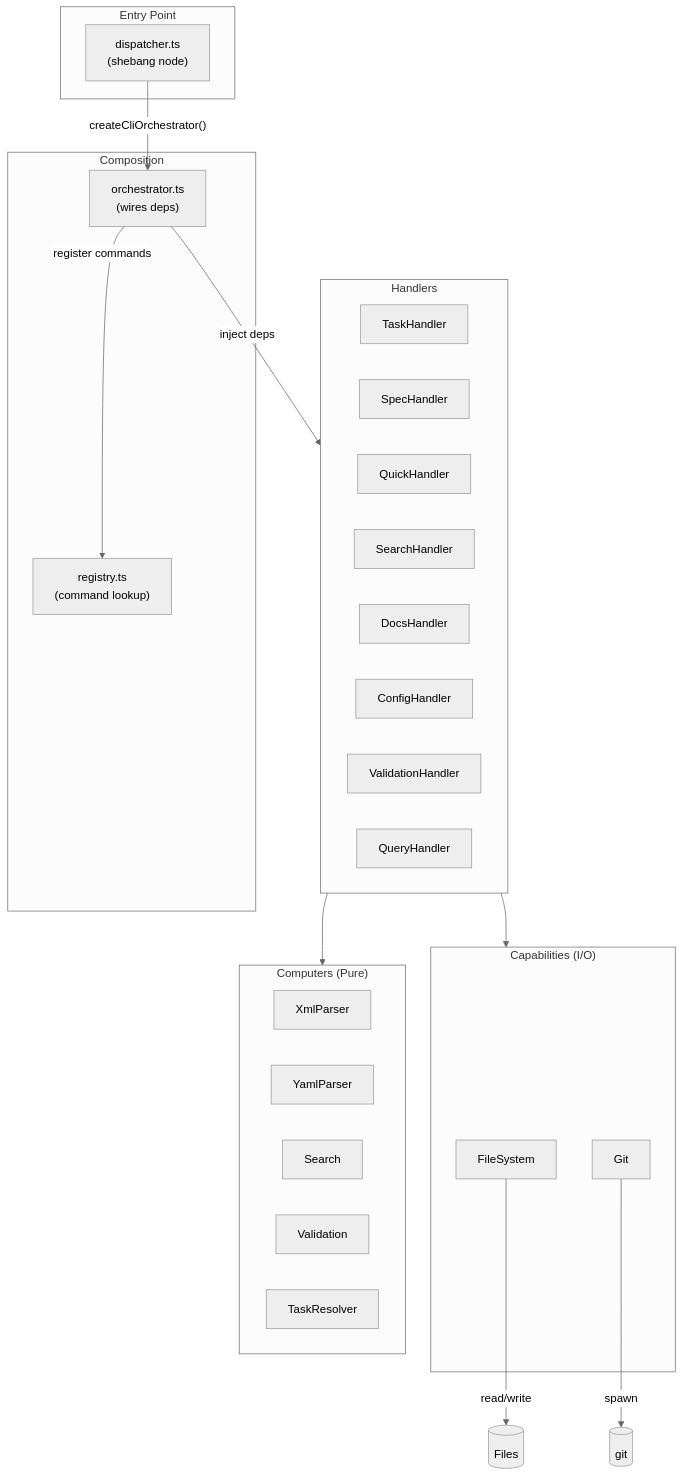
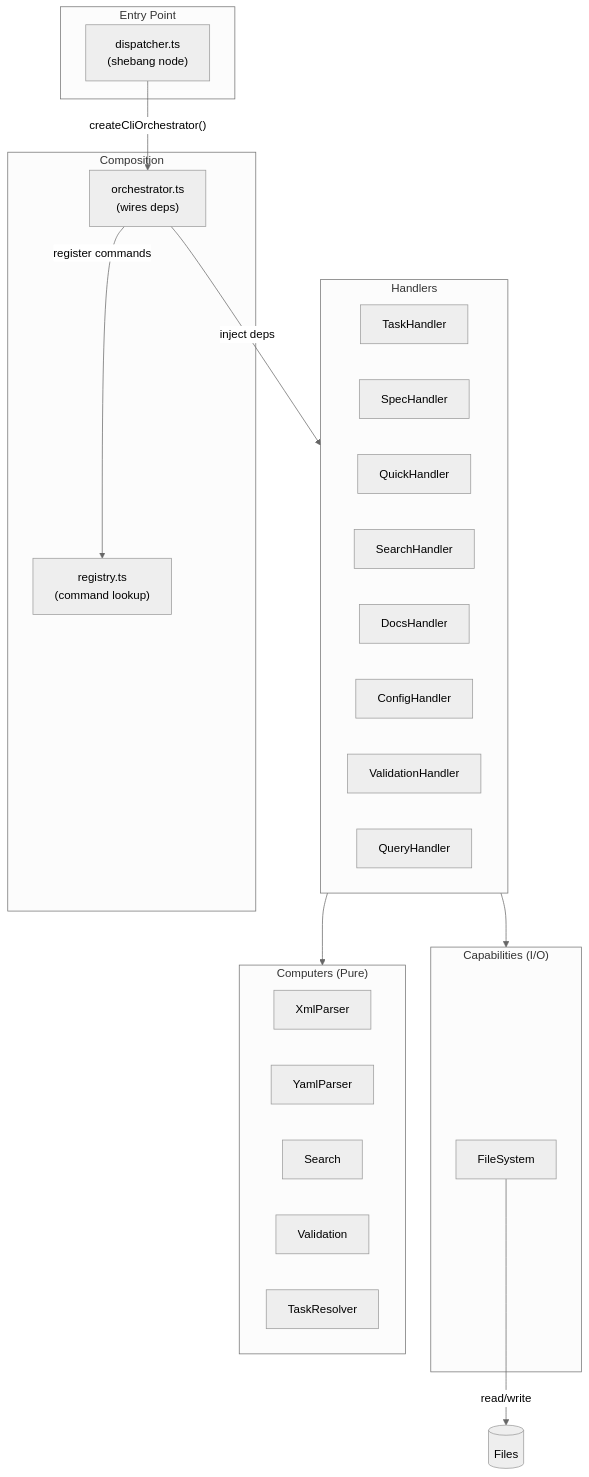
One commit to mattfletcher94/festinalente changed the first of 2 diagrams in .festinalente/engineering/systems/cli/_index.md. Above: the diagram before and after it, drawn with Mermaid (neutral theme). The commit also changed other lines of this file and 21 other files, not shown here.

````diff
--- a/.festinalente/engineering/systems/cli/_index.md
+++ b/.festinalente/engineering/systems/cli/_index.md
@@ -63,45 +63,43 @@
 ```mermaid
 flowchart TB
     subgraph Entry["Entry Point"]
         DISP["dispatcher.ts<br/>(shebang node)"]
     end
 
     subgraph Composition["Composition"]
         ORCH["orchestrator.ts<br/>(wires deps)"]
         REG["registry.ts<br/>(command lookup)"]
     end
 
     subgraph Handlers["Handlers"]
         TASK["TaskHandler"]
         SPEC["SpecHandler"]
         QUICK["QuickHandler"]
         SEARCH["SearchHandler"]
         DOCS["DocsHandler"]
         CONFIG["ConfigHandler"]
         VALID["ValidationHandler"]
         QUERY["QueryHandler"]
     end
 
     subgraph Capabilities["Capabilities (I/O)"]
         FS["FileSystem"]
-        GIT["Git"]
     end
 
     subgraph Computers["Computers (Pure)"]
         XML["XmlParser"]
         YAML["YamlParser"]
         SRCH["Search"]
         VAL["Validation"]
         TRES["TaskResolver"]
     end
 
     DISP -->|"createCliOrchestrator()"| ORCH
     ORCH -->|"register commands"| REG
     ORCH -->|"inject deps"| Handlers
 
     Handlers --> Capabilities
     Handlers --> Computers
 
     FS -->|"read/write"| DB[(Files)]
-    GIT -->|"spawn"| GITCMD[("git")]
 ```
````
